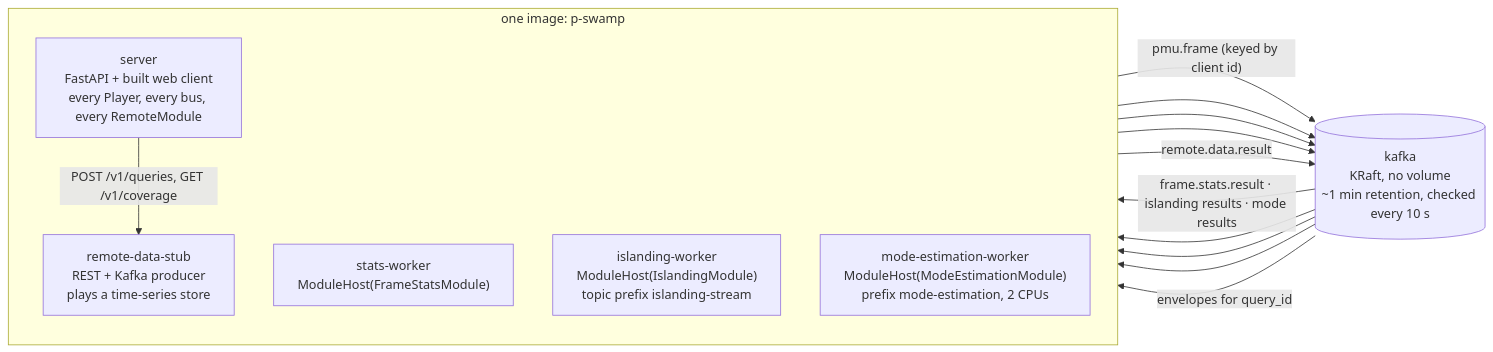
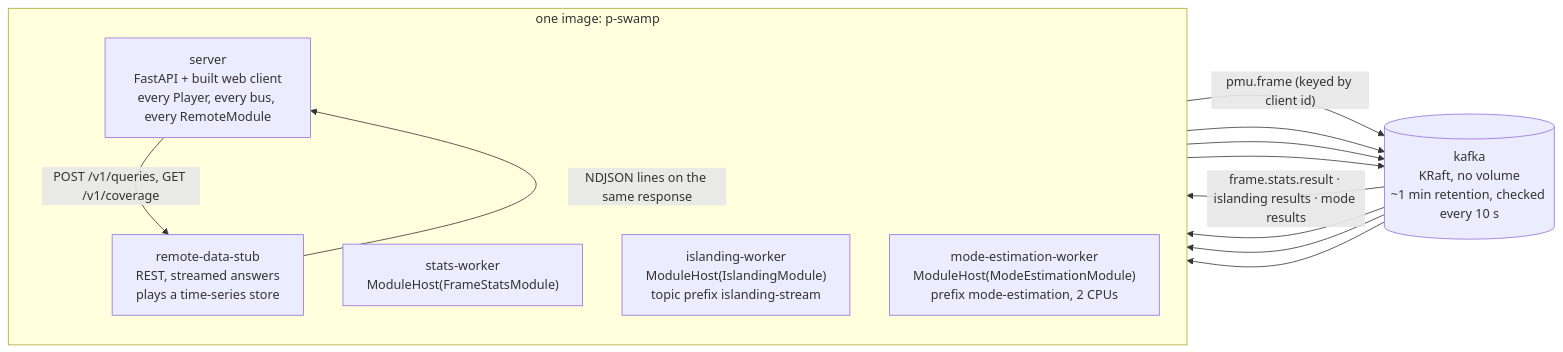
The third of 4 diagrams in doc/server-data-architecture-diagrams.md (thomanil/p-SWAMP), drawn with Mermaid before and after one commit. The commit also changed other lines of this file and 40 other files, not shown here.

````diff
--- a/doc/server-data-architecture-diagrams.md
+++ b/doc/server-data-architecture-diagrams.md
@@ -230,20 +229,19 @@
 ```mermaid
 flowchart LR
     subgraph image["one image: p-swamp"]
         direction TB
         server["server<br/>FastAPI + built web client<br/>every Player, every bus, every RemoteModule"]
         sw["stats-worker<br/>ModuleHost(FrameStatsModule)"]
         iw["islanding-worker<br/>ModuleHost(IslandingModule)<br/>topic prefix islanding-stream"]
         mw["mode-estimation-worker<br/>ModuleHost(ModeEstimationModule)<br/>prefix mode-estimation, 2 CPUs"]
-        stub["remote-data-stub<br/>REST + Kafka producer<br/>plays a time-series store"]
+        stub["remote-data-stub<br/>REST, streamed answers<br/>plays a time-series store"]
     end
     kafka[("kafka<br/>KRaft, no volume<br/>~1 min retention, checked every 10 s")]
     server -->|"pmu.frame (keyed by client id)"| kafka
     kafka -->|"frame.stats.result · islanding results · mode results"| server
     kafka --> sw --> kafka
     kafka --> iw --> kafka
     kafka --> mw --> kafka
     server -->|"POST /v1/queries, GET /v1/coverage"| stub
-    stub -->|"remote.data.result"| kafka
-    kafka -->|"envelopes for query_id"| server
+    stub -->|"NDJSON lines on the same response"| server
 ```
````
